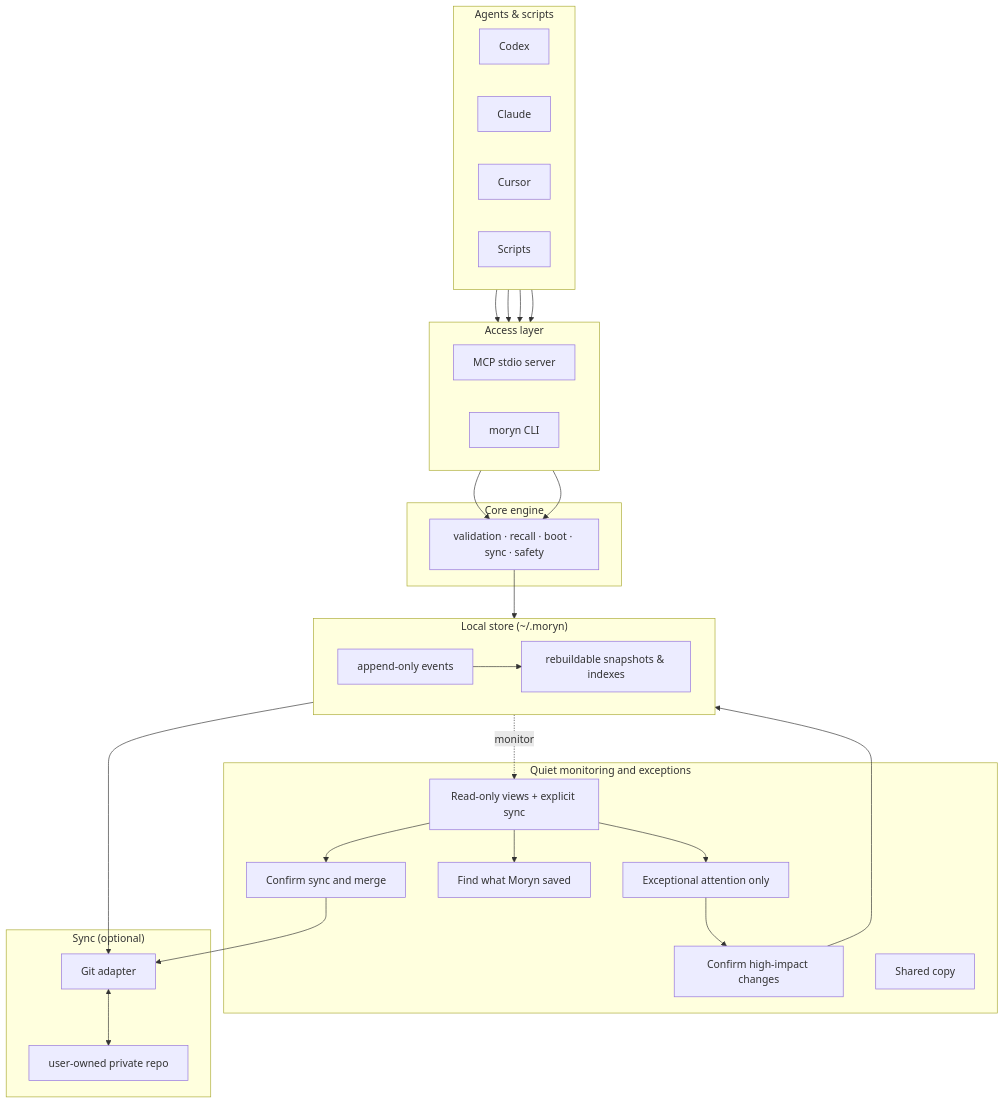
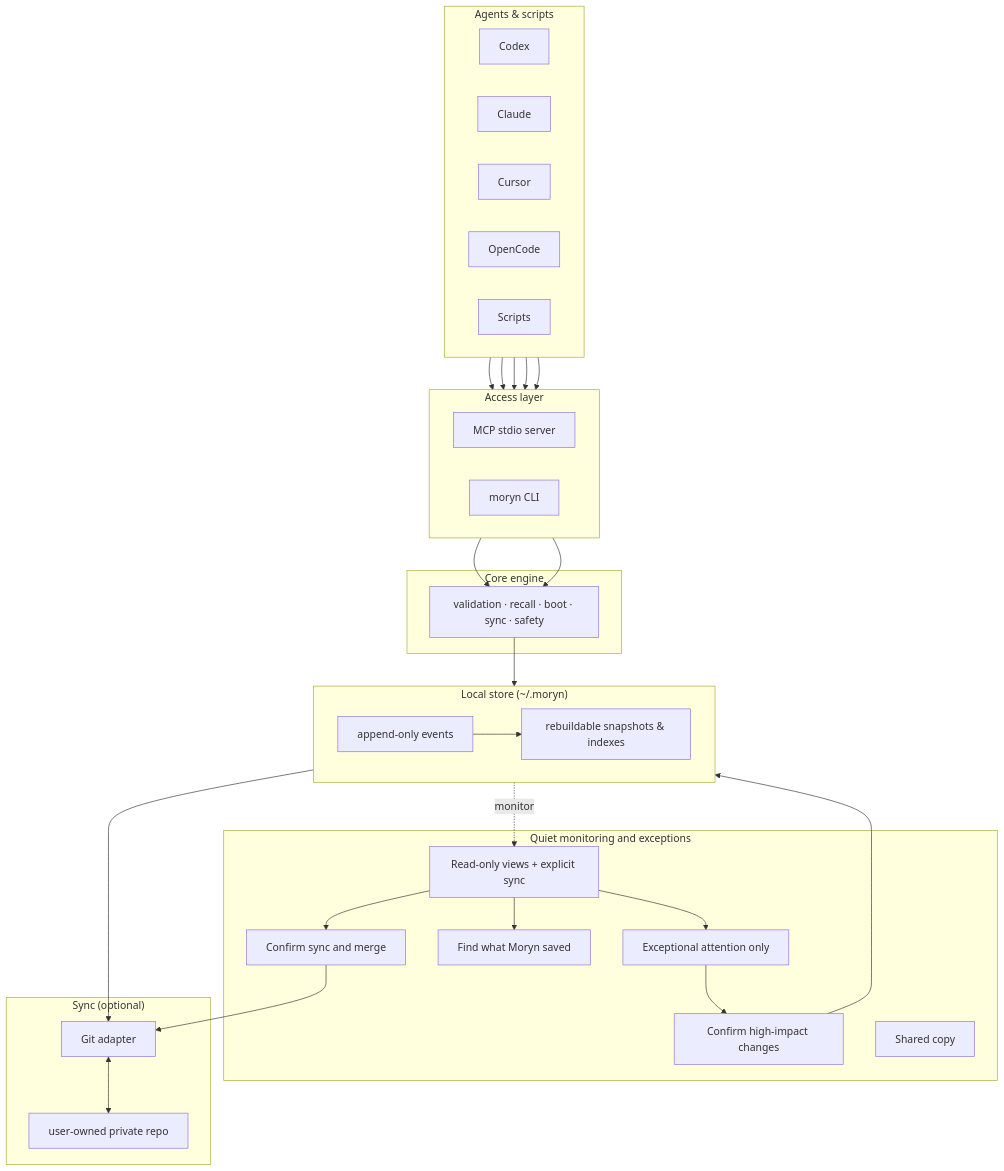
The diagram in README.md (Richardyu114/Moryn), drawn with Mermaid before and after one commit. The commit also changed other lines of this file and 9 other files, not shown here.

````diff
--- a/README.md
+++ b/README.md
@@ -273,55 +292,56 @@
 ```mermaid
 flowchart TB
   subgraph Agents["Agents & scripts"]
     direction LR
     Codex["Codex"]
     Claude["Claude"]
     Cursor["Cursor"]
+    OpenCode["OpenCode"]
     Scripts["Scripts"]
   end
 
   subgraph Access["Access layer"]
     direction LR
     MCP["MCP stdio server"]
     CLI["moryn CLI"]
   end
 
   subgraph Core["Core engine"]
     Engine["validation · recall · boot · sync · safety"]
   end
 
   subgraph Store["Local store (~/.moryn)"]
     direction LR
     Events["append-only events"]
     Views["rebuildable snapshots & indexes"]
   end
 
   subgraph ReviewLayer["Quiet monitoring and exceptions"]
     Dashboard["Read-only views + explicit sync"]
     DashboardReview["Exceptional attention only"]
     MemorySearch["Find what Moryn saved"]
     Approve["Confirm high-impact changes"]
     SyncAction["Confirm sync and merge"]
     SharedCopy["Shared copy"]
   end
 
   subgraph Sync["Sync (optional)"]
     Git["Git adapter"]
     Remote["user-owned private repo"]
   end
 
-  Codex & Claude & Cursor --> MCP
+  Codex & Claude & Cursor & OpenCode --> MCP
   Scripts --> CLI
   MCP & CLI --> Engine
   Engine --> Events
   Events --> Views
   Views -. monitor .-> Dashboard
   Dashboard --> DashboardReview
   Dashboard --> MemorySearch
   Dashboard --> SyncAction
   DashboardReview --> Approve
   Approve --> Events
   SyncAction --> Git
   Events --> Git
   Git <--> Remote
 ```
````
